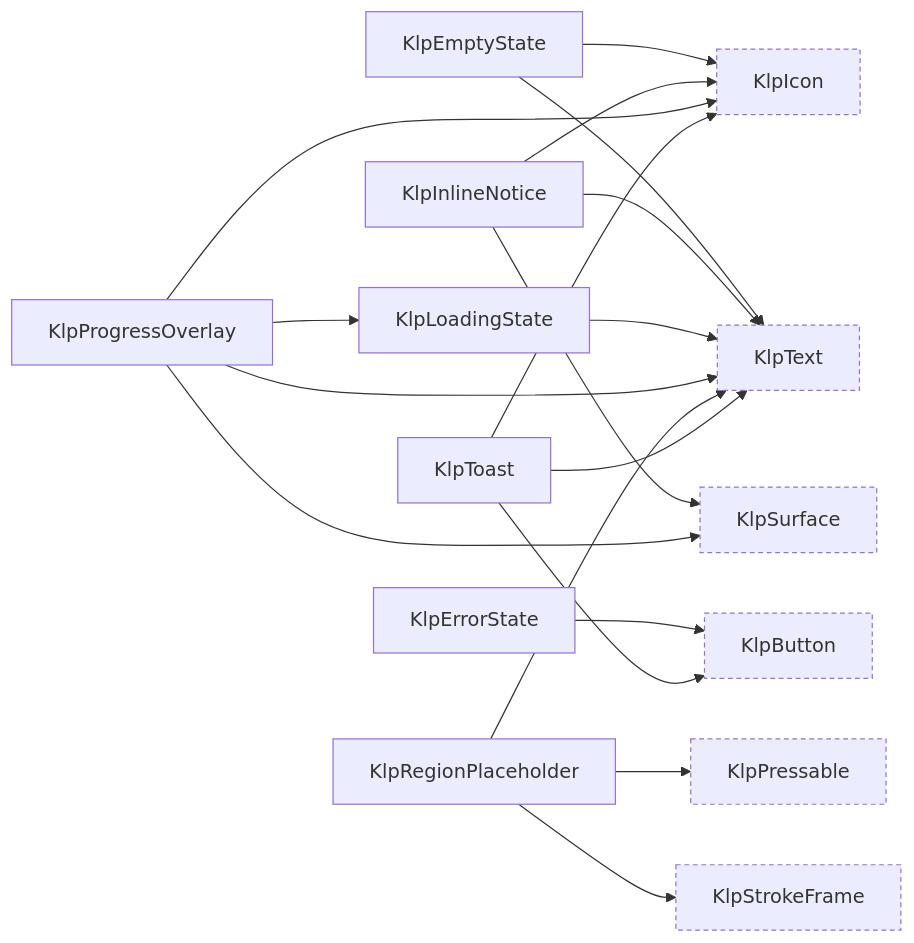
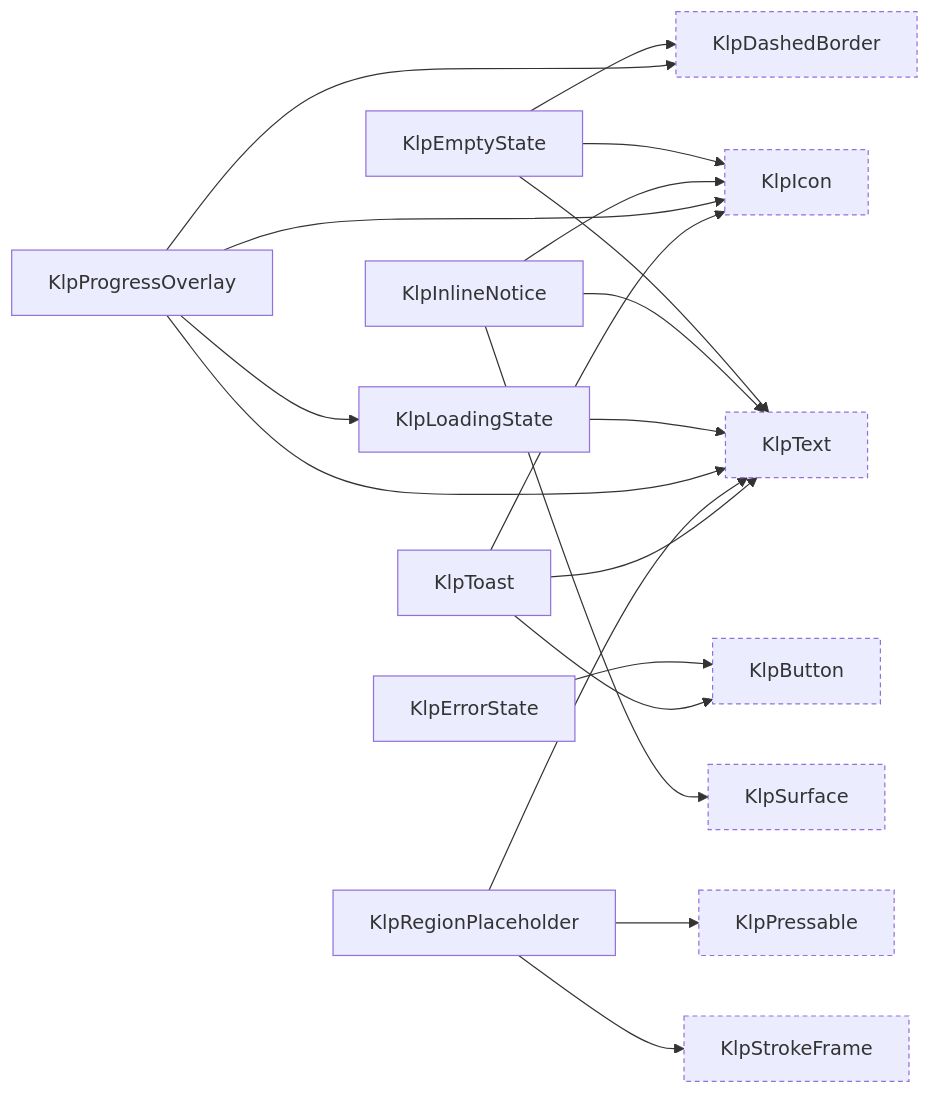
Diagram 12 of 16 in spec/component-inventory.md (MiuDog/Kallopis), drawn with Mermaid before and after one commit. The commit also changed other lines of this file and 5 other files, not shown here.

````diff
--- a/spec/component-inventory.md
+++ b/spec/component-inventory.md
@@ -670,34 +669,36 @@
 ```mermaid
 graph LR
   KlpButton["KlpButton"]:::external
+  KlpDashedBorder["KlpDashedBorder"]:::external
   KlpEmptyState["KlpEmptyState"]
   KlpErrorState["KlpErrorState"]
   KlpIcon["KlpIcon"]:::external
   KlpInlineNotice["KlpInlineNotice"]
   KlpLoadingState["KlpLoadingState"]
   KlpPressable["KlpPressable"]:::external
   KlpProgressOverlay["KlpProgressOverlay"]
   KlpRegionPlaceholder["KlpRegionPlaceholder"]
   KlpStrokeFrame["KlpStrokeFrame"]:::external
   KlpSurface["KlpSurface"]:::external
   KlpText["KlpText"]:::external
   KlpToast["KlpToast"]
+  KlpEmptyState --> KlpDashedBorder
   KlpEmptyState --> KlpIcon
   KlpEmptyState --> KlpText
   KlpErrorState --> KlpButton
   KlpInlineNotice --> KlpIcon
   KlpInlineNotice --> KlpSurface
   KlpInlineNotice --> KlpText
   KlpLoadingState --> KlpText
+  KlpProgressOverlay --> KlpDashedBorder
   KlpProgressOverlay --> KlpIcon
   KlpProgressOverlay --> KlpLoadingState
-  KlpProgressOverlay --> KlpSurface
   KlpProgressOverlay --> KlpText
   KlpRegionPlaceholder --> KlpPressable
   KlpRegionPlaceholder --> KlpStrokeFrame
   KlpRegionPlaceholder --> KlpText
   KlpToast --> KlpButton
   KlpToast --> KlpIcon
   KlpToast --> KlpText
   classDef external stroke-dasharray: 4 3;
 ```
````
